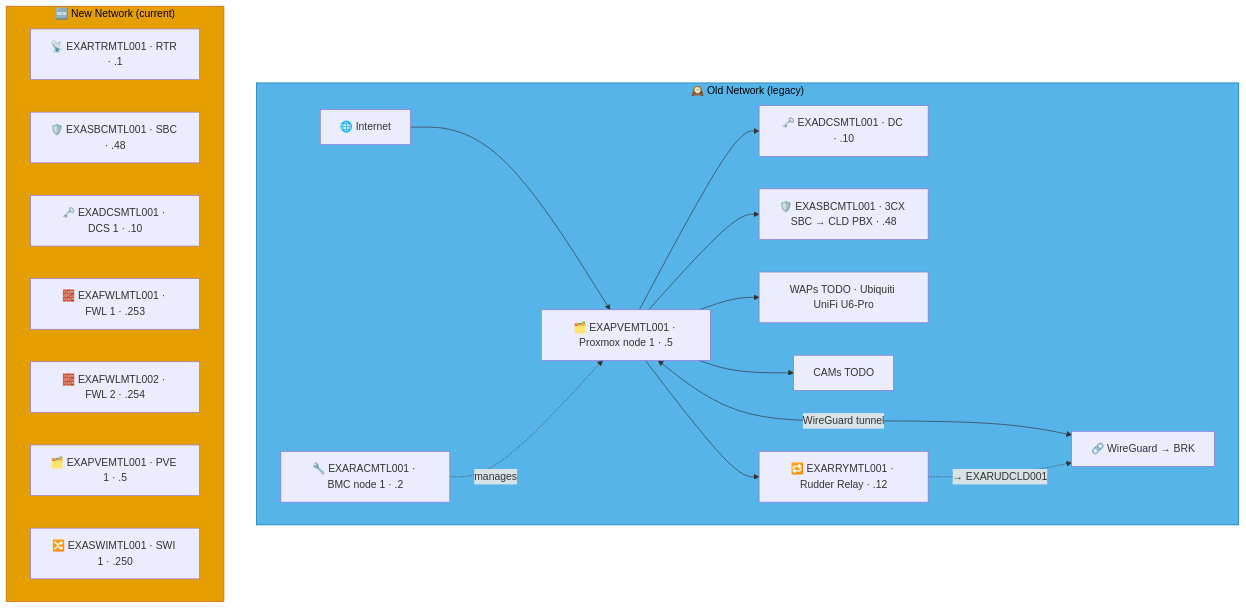
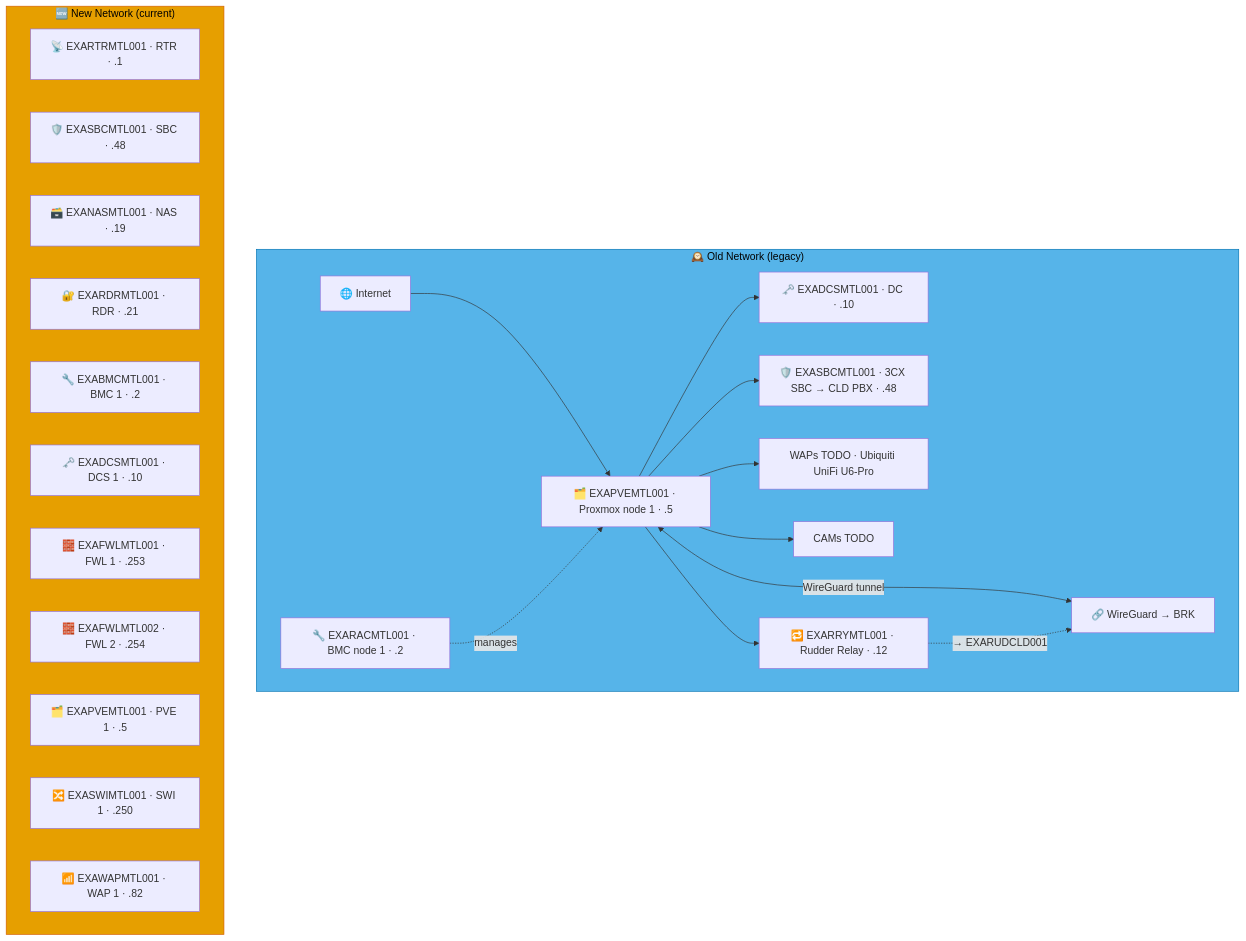
Before and after one commit to knightmare2600/example_music_infra: the third of 3 diagrams in docs/network-diagram/canada.md, drawn with Mermaid. The commit also changed other lines of this file and 15 other files, not shown here.

````diff
--- a/docs/network-diagram/canada.md
+++ b/docs/network-diagram/canada.md
@@ -135,35 +143,39 @@
 ```mermaid
 graph TD
     subgraph OLD_MTL ["🕰️ Old Network (legacy)"]
       INET["🌐 Internet"]
       RAC["🔧 EXARACMTL001 · BMC node 1 · .2"]
       PVE["🗂️ EXAPVEMTL001 · Proxmox node 1 · .5"]
       DC["🗝️ EXADCSMTL001 · DC · .10"]
       SBC["🛡️ EXASBCMTL001 · 3CX SBC → CLD PBX · .48"]
       RRY["🔁 EXARRYMTL001 · Rudder Relay · .12"]
       WAP["WAPs TODO · Ubiquiti UniFi U6-Pro"]
       CAM["CAMs TODO"]
       VPN["🔗 WireGuard → BRK"]
 
       INET --> PVE --> DC & SBC
       RAC -.->|"manages"| PVE
       PVE --> WAP & CAM
       PVE <-->|"WireGuard tunnel"| VPN
 
       PVE --> RRY
       RRY -. "→ EXARUDCLD001" .-> VPN
     end
     style OLD_MTL fill:#56B4E9,stroke:#0072B2,color:#000000
     %% GENERATED:NEW-NETWORK:MTL:START
     subgraph NEW_MTL ["🆕 New Network (current)"]
       N_RTR["📡 EXARTRMTL001 · RTR · .1"]
       N_SBC["🛡️ EXASBCMTL001 · SBC · .48"]
+      N_NAS["🗃️ EXANASMTL001 · NAS · .19"]
+      N_RDR["🔐 EXARDRMTL001 · RDR · .21"]
+      N_BMC["🔧 EXABMCMTL001 · BMC 1 · .2"]
       N_DCS["🗝️ EXADCSMTL001 · DCS 1 · .10"]
       N_FWL["🧱 EXAFWLMTL001 · FWL 1 · .253"]
       N_FWL2["🧱 EXAFWLMTL002 · FWL 2 · .254"]
       N_PVE["🗂️ EXAPVEMTL001 · PVE 1 · .5"]
       N_SWI["🔀 EXASWIMTL001 · SWI 1 · .250"]
+      N_WAP["📶 EXAWAPMTL001 · WAP 1 · .82"]
     end
     style NEW_MTL fill:#E69F00,stroke:#D55E00,color:#000000
     %% GENERATED:NEW-NETWORK:MTL:END
 ```
````
